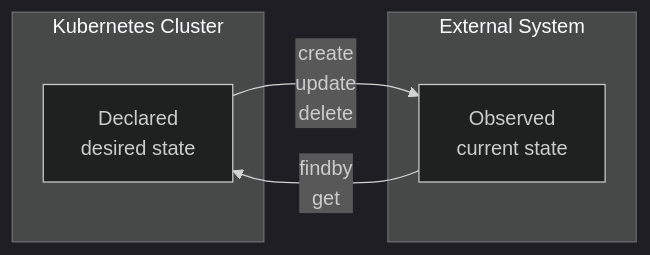
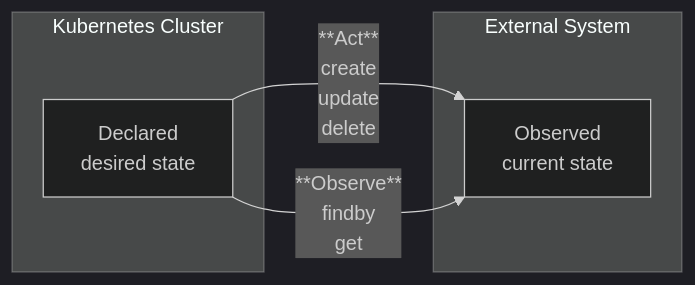
The third of 3 diagrams in README.md (krateoplatformops/oasgen-provider), drawn with Mermaid (dark theme) before and after one commit. The commit also changed other lines of this file and 29 other files, not shown here.

````diff
--- a/README.md
+++ b/README.md
@@ -358,13 +364,13 @@
 ```mermaid
 graph LR
   subgraph K8s[Kubernetes Cluster]
     A[Declared <br> desired state]
   end
 
   subgraph EXT[External System]
     B[Observed <br> current state]
   end
 
-  A -->|create <br> update <br> delete| B
-  B -->|findby <br> get| A
+  A -->|**Act** <br> create <br> update <br> delete| B
+  A -->|**Observe** <br> findby <br> get| B
 ```
````
